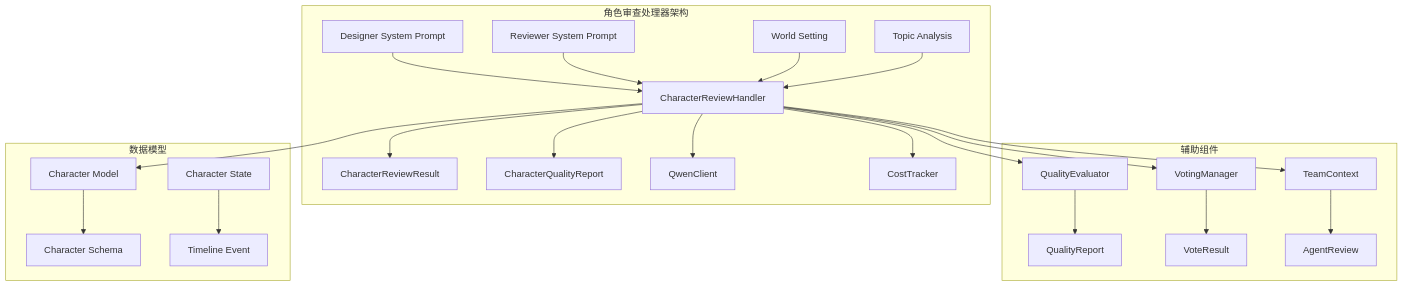
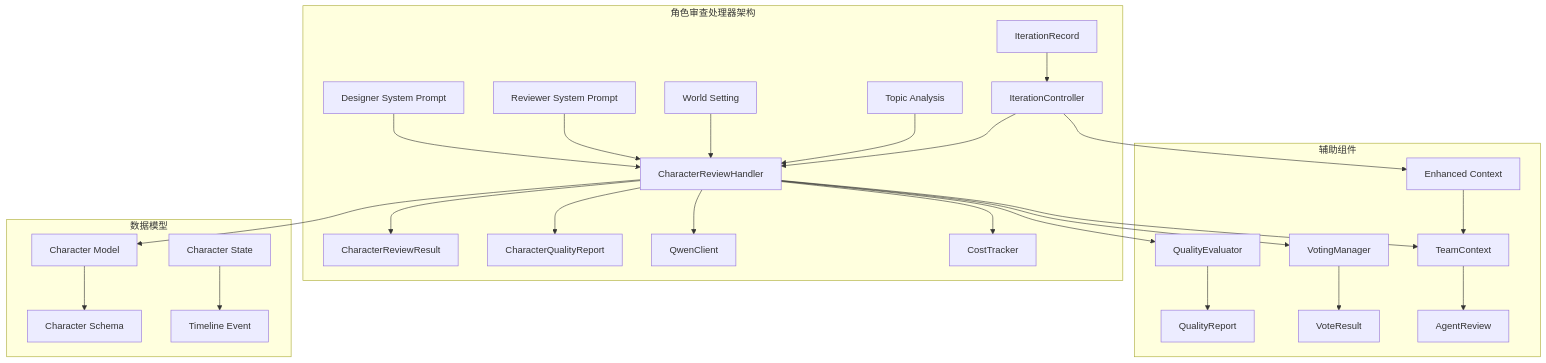
Before and after one commit to xfbyxq/ai-novel-system: the first of 9 diagrams in .qoder/repowiki/zh/content/AI智能体系统/角色审查处理器.md, drawn with Mermaid. The commit also changed other lines of this file and 10 other files, not shown here.

````diff
--- a/.qoder/repowiki/zh/content/AI智能体系统/角色审查处理器.md
+++ b/.qoder/repowiki/zh/content/AI智能体系统/角色审查处理器.md
@@ -38,26 +48,30 @@
 ```mermaid
 graph TB
 subgraph "角色审查处理器架构"
 A[CharacterReviewHandler] --> B[CharacterReviewResult]
 A --> C[CharacterQualityReport]
 A --> D[QwenClient]
 A --> E[CostTracker]
 F[Designer System Prompt] --> A
 G[Reviewer System Prompt] --> A
 H[World Setting] --> A
 I[Topic Analysis] --> A
+J[IterationController] --> A
+K[IterationRecord] --> J
 end
 subgraph "辅助组件"
-J[QualityEvaluator] --> K[QualityReport]
-L[VotingManager] --> M[VoteResult]
-N[TeamContext] --> O[AgentReview]
+L[QualityEvaluator] --> M[QualityReport]
+N[VotingManager] --> O[VoteResult]
+P[TeamContext] --> Q[AgentReview]
+R[Enhanced Context] --> P
 end
 subgraph "数据模型"
-P[Character Model] --> Q[Character Schema]
-R[Character State] --> S[Timeline Event]
+S[Character Model] --> T[Character Schema]
+U[Character State] --> V[Timeline Event]
 end
-A --> J
 A --> L
 A --> N
 A --> P
+A --> S
+J --> R
 ```
````
